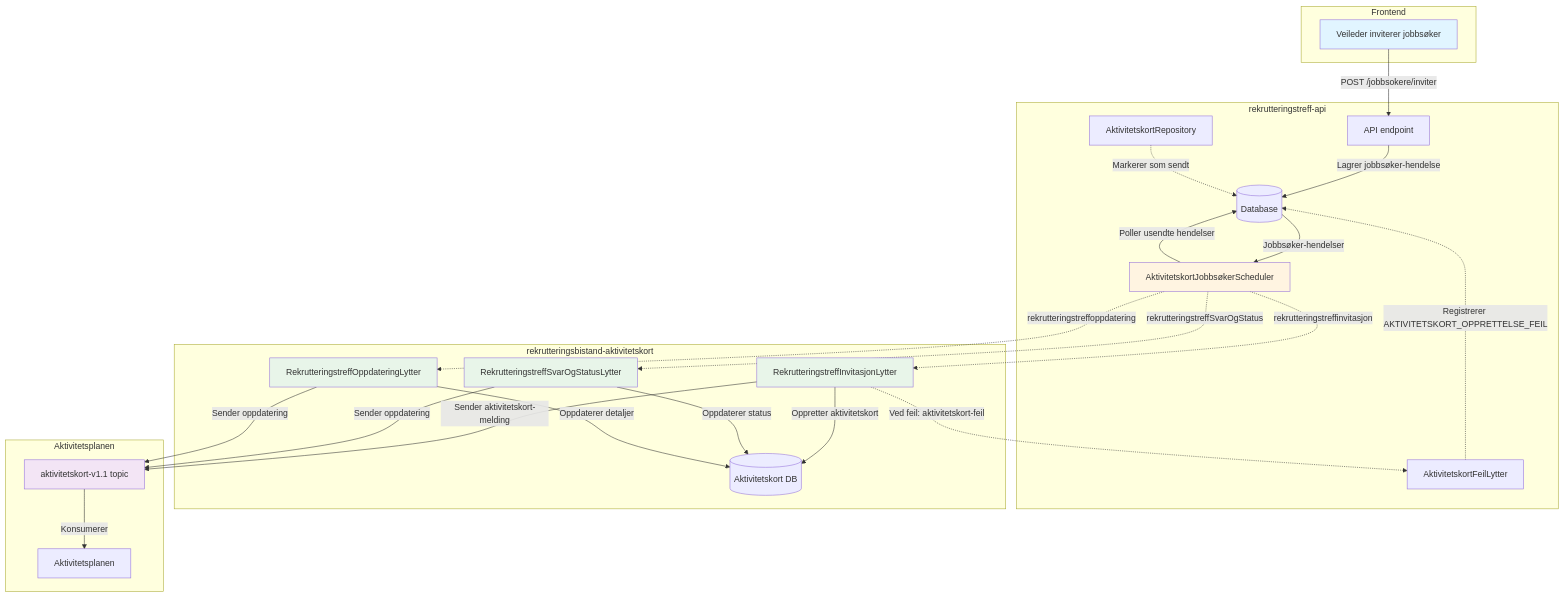
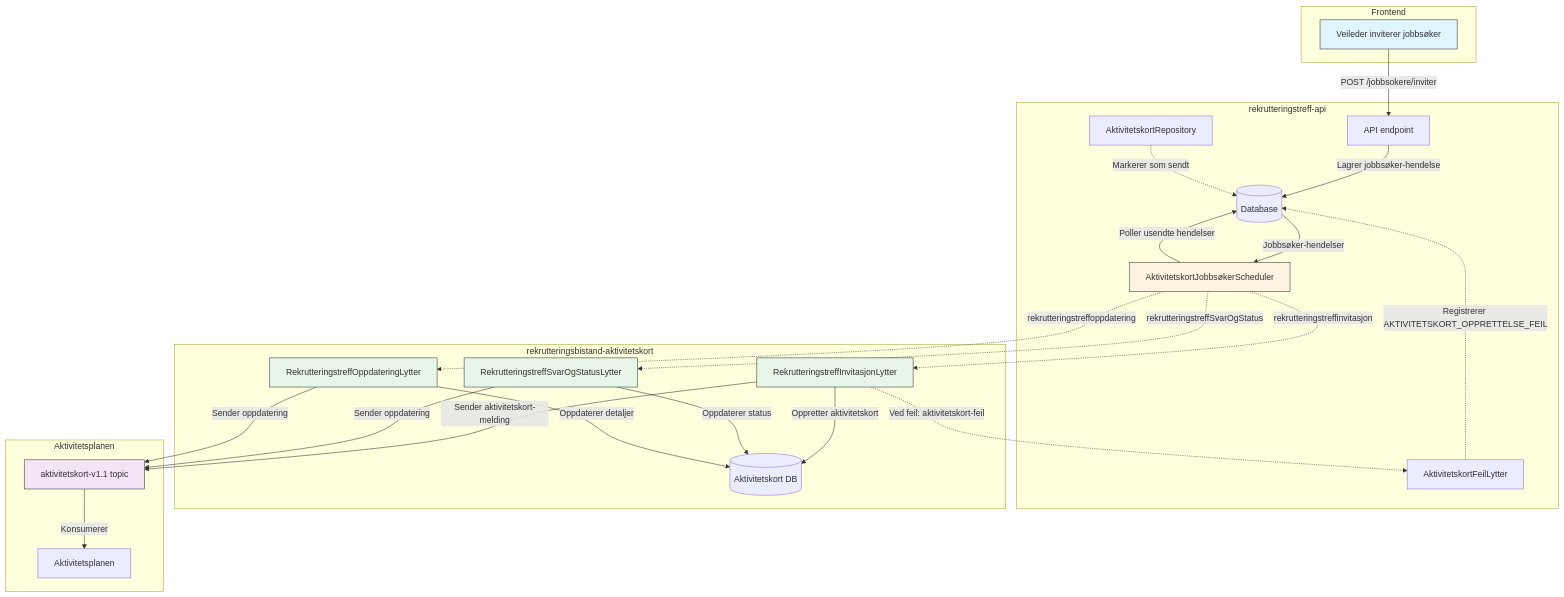
One commit to navikt/rekrutteringstreff-backend changed the diagram in docs/4-integrasjoner/aktivitetskort.md. Above: the diagram before and after it, drawn with Mermaid.

Commit message:
aktivitetskort dok, gi bedre plass i diagrammet

````diff
--- a/docs/4-integrasjoner/aktivitetskort.md
+++ b/docs/4-integrasjoner/aktivitetskort.md
@@ -11,61 +11,61 @@
 ```mermaid
 graph TB
     subgraph Frontend
         UI[Veileder inviterer jobbsøker]
     end
 
     subgraph "rekrutteringstreff-api"
         API[API endpoint]
         DB[(Database)]
         Scheduler[AktivitetskortJobbsøkerScheduler]
         Repo[AktivitetskortRepository]
         FeilLytter[AktivitetskortFeilLytter]
     end
 
     subgraph "rekrutteringsbistand-aktivitetskort"
         InvLytter[RekrutteringstreffInvitasjonLytter]
         SvarLytter[RekrutteringstreffSvarOgStatusLytter]
         OppdLytter[RekrutteringstreffOppdateringLytter]
         AktDB[(Aktivitetskort DB)]
     end
 
     subgraph "Aktivitetsplanen"
         AKTopic[aktivitetskort-v1.1 topic]
         Aktivitetsplan[Aktivitetsplanen]
     end
 
     UI -->|POST /jobbsokere/inviter| API
     API -->|Lagrer jobbsøker-hendelse| DB
 
     Scheduler -->|Poller usendte hendelser| DB
     DB -->|Jobbsøker-hendelser| Scheduler
 
     %% Kafka-flyt (Rapids & Rivers)
     %% Stiplet linje indikerer asynkron kommunikasjon via Kafka
     Scheduler -.->|rekrutteringstreffinvitasjon| InvLytter
     Scheduler -.->|rekrutteringstreffSvarOgStatus| SvarLytter
     Scheduler -.->|rekrutteringstreffoppdatering| OppdLytter
 
     InvLytter -->|Oppretter aktivitetskort| AktDB
     InvLytter -->|Sender aktivitetskort-melding| AKTopic
 
     SvarLytter -->|Oppdaterer status| AktDB
     SvarLytter -->|Sender oppdatering| AKTopic
 
     OppdLytter -->|Oppdaterer detaljer| AktDB
     OppdLytter -->|Sender oppdatering| AKTopic
 
     AKTopic -->|Konsumerer| Aktivitetsplan
 
     InvLytter -.->|Ved feil: aktivitetskort-feil| FeilLytter
     FeilLytter -.->|Registrerer AKTIVITETSKORT_OPPRETTELSE_FEIL| DB
 
     Repo -.->|Markerer som sendt| DB
 
-    style UI fill:#e1f5ff
-    style Scheduler fill:#fff4e1
-    style InvLytter fill:#e8f5e9
-    style SvarLytter fill:#e8f5e9
-    style OppdLytter fill:#e8f5e9
-    style AKTopic fill:#f3e5f5
+    style UI fill:#e1f5ff,color:#333,stroke:#333
+    style Scheduler fill:#fff4e1,color:#333,stroke:#333
+    style InvLytter fill:#e8f5e9,color:#333,stroke:#333
+    style SvarLytter fill:#e8f5e9,color:#333,stroke:#333
+    style OppdLytter fill:#e8f5e9,color:#333,stroke:#333
+    style AKTopic fill:#f3e5f5,color:#333,stroke:#333
 ```
````
